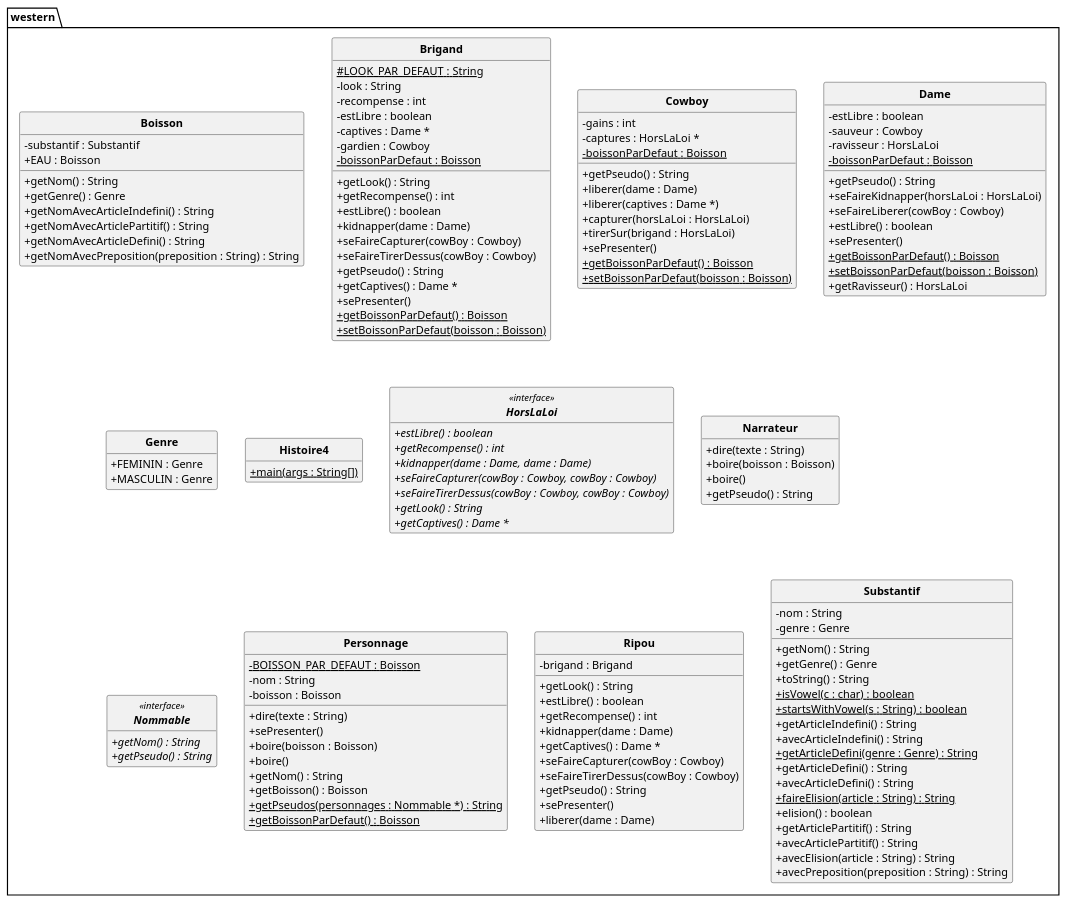
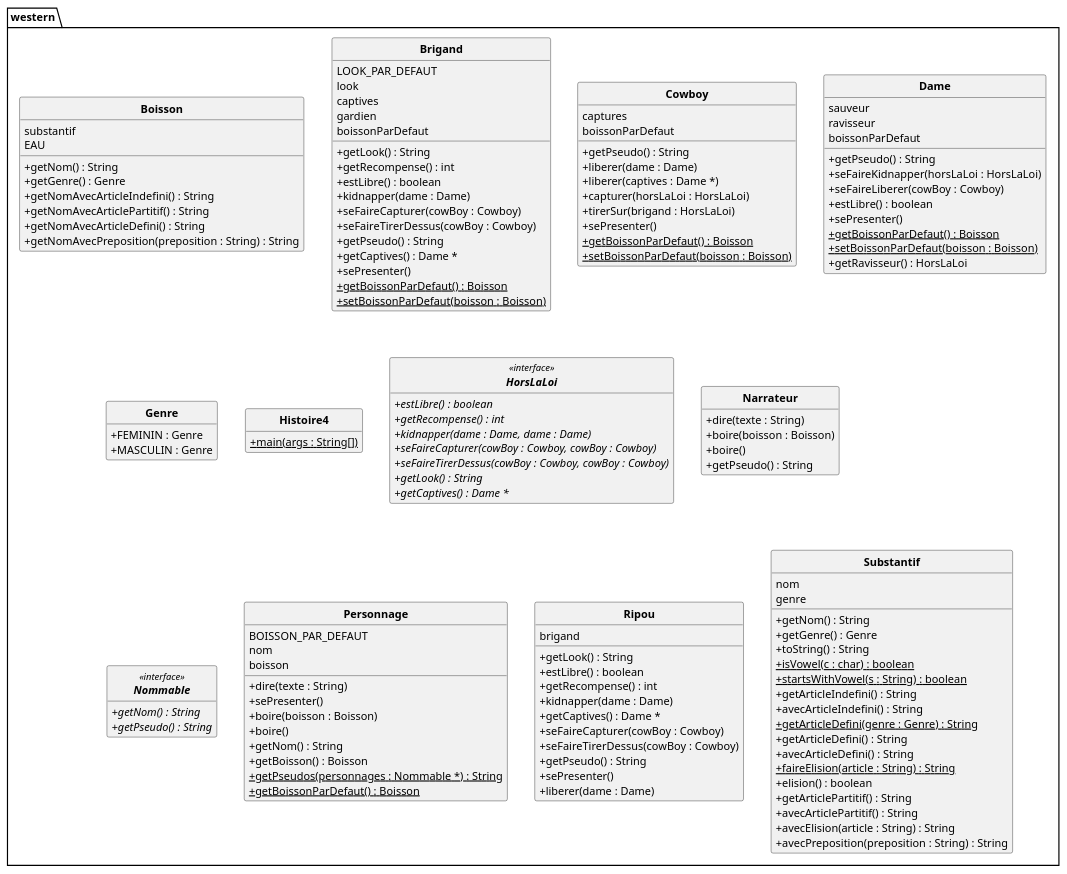
The diagram in out/production/p21_projet/pumlFromJava/westernClass.puml (DimToups/Java-to-PUML-converter), drawn with PlantUML before and after one commit. The commit also changed 2 other files, not shown here.

```diff
--- a/out/production/p21_projet/pumlFromJava/westernClass.puml
+++ b/out/production/p21_projet/pumlFromJava/westernClass.puml
@@ -1,153 +1,149 @@
 @startuml
 'https://plantuml.com/class-diagram
 skinparam style strictuml
 skinparam classAttributeIconSize 0
 skinparam classFontStyle Bold
 
 hide empty members
 
 package western{
 class Boisson{
-- substantif : Substantif
-+ EAU : Boisson
+substantif
+EAU
 + getNom() : String
 + getGenre() : Genre
 + getNomAvecArticleIndefini() : String
 + getNomAvecArticlePartitif() : String
 + getNomAvecArticleDefini() : String
 + getNomAvecPreposition(preposition : String) : String
 }
 
 class Brigand{
-# LOOK_PAR_DEFAUT : String {static}
-- look : String
-- recompense : int
-- estLibre : boolean
-- captives : Dame *
-- gardien : Cowboy
-- boissonParDefaut : Boisson {static}
+LOOK_PAR_DEFAUT
+look
+captives
+gardien
+boissonParDefaut
 + getLook() : String
 + getRecompense() : int
 + estLibre() : boolean
 + kidnapper(dame : Dame)
 + seFaireCapturer(cowBoy : Cowboy)
 + seFaireTirerDessus(cowBoy : Cowboy)
 + getPseudo() : String
 + getCaptives() : Dame *
 + sePresenter()
 + getBoissonParDefaut() {static} : Boisson
 + setBoissonParDefaut(boisson : Boisson) {static}
 }
 
 class Cowboy{
-- gains : int
-- captures : HorsLaLoi *
-- boissonParDefaut : Boisson {static}
+captures
+boissonParDefaut
 + getPseudo() : String
 + liberer(dame : Dame)
 + liberer(captives : Dame *)
 + capturer(horsLaLoi : HorsLaLoi)
 + tirerSur(brigand : HorsLaLoi)
 + sePresenter()
 + getBoissonParDefaut() {static} : Boisson
 + setBoissonParDefaut(boisson : Boisson) {static}
 }
 
 class Dame{
-- estLibre : boolean
-- sauveur : Cowboy
-- ravisseur : HorsLaLoi
-- boissonParDefaut : Boisson {static}
+sauveur
+ravisseur
+boissonParDefaut
 + getPseudo() : String
 + seFaireKidnapper(horsLaLoi : HorsLaLoi)
 + seFaireLiberer(cowBoy : Cowboy)
 + estLibre() : boolean
 + sePresenter()
 + getBoissonParDefaut() {static} : Boisson
 + setBoissonParDefaut(boisson : Boisson) {static}
 + getRavisseur() : HorsLaLoi
 }
 
 class Genre{
 + FEMININ : Genre
 + MASCULIN : Genre
 }
 
 class Histoire4{
 + main(args : String[]) {static}
 }
 
 interface HorsLaLoi<<interface>>{
 + estLibre() {abstract} : boolean
 + getRecompense() {abstract} : int
 + kidnapper(dame : Dame, dame : Dame) {abstract}
 + seFaireCapturer(cowBoy : Cowboy, cowBoy : Cowboy) {abstract}
 + seFaireTirerDessus(cowBoy : Cowboy, cowBoy : Cowboy) {abstract}
 + getLook() {abstract} : String
 + getCaptives() {abstract} : Dame *
 }
 
 class Narrateur{
 + dire(texte : String)
 + boire(boisson : Boisson)
 + boire()
 + getPseudo() : String
 }
 
 interface Nommable<<interface>>{
 + getNom() {abstract} : String
 + getPseudo() {abstract} : String
 }
 
 class Personnage{
-- BOISSON_PAR_DEFAUT : Boisson {static}
-- nom : String
-- boisson : Boisson
+BOISSON_PAR_DEFAUT
+nom
+boisson
 + dire(texte : String)
 + sePresenter()
 + boire(boisson : Boisson)
 + boire()
 + getNom() : String
 + getBoisson() : Boisson
 + getPseudos(personnages : Nommable *) {static} : String
 + getBoissonParDefaut() {static} : Boisson
 }
 
 class Ripou{
-- brigand : Brigand
+brigand
 + getLook() : String
 + estLibre() : boolean
 + getRecompense() : int
 + kidnapper(dame : Dame)
 + getCaptives() : Dame *
 + seFaireCapturer(cowBoy : Cowboy)
 + seFaireTirerDessus(cowBoy : Cowboy)
 + getPseudo() : String
 + sePresenter()
 + liberer(dame : Dame)
 }
 
 class Substantif{
-- nom : String
-- genre : Genre
+nom
+genre
 + getNom() : String
 + getGenre() : Genre
 + toString() : String
 + isVowel(c : char) {static} : boolean
 + startsWithVowel(s : String) {static} : boolean
 + getArticleIndefini() : String
 + avecArticleIndefini() : String
 + getArticleDefini(genre : Genre) {static} : String
 + getArticleDefini() : String
 + avecArticleDefini() : String
 + faireElision(article : String) {static} : String
 + elision() : boolean
 + getArticlePartitif() : String
 + avecArticlePartitif() : String
 + avecElision(article : String) : String
 + avecPreposition(preposition : String) : String
 }
 
 
 }
 @enduml
```
